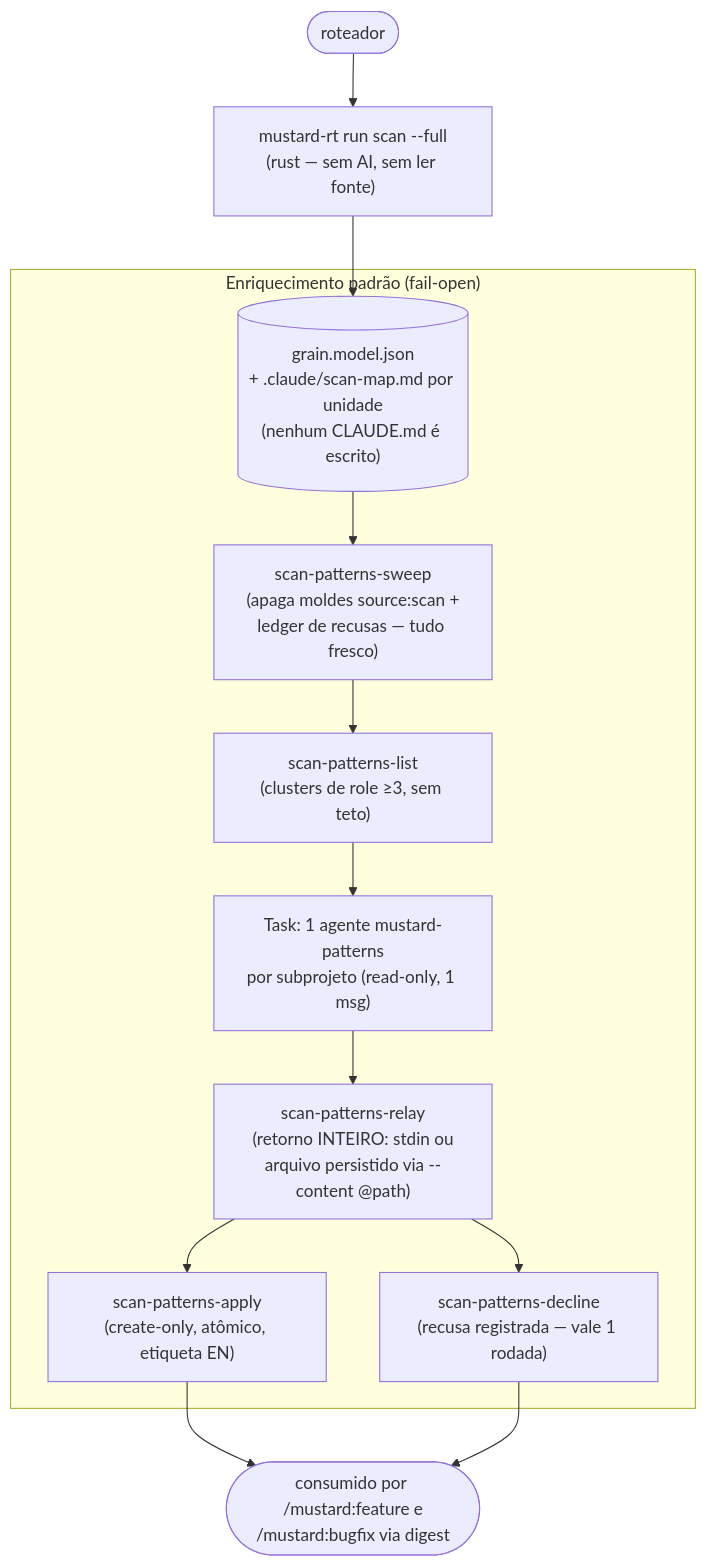
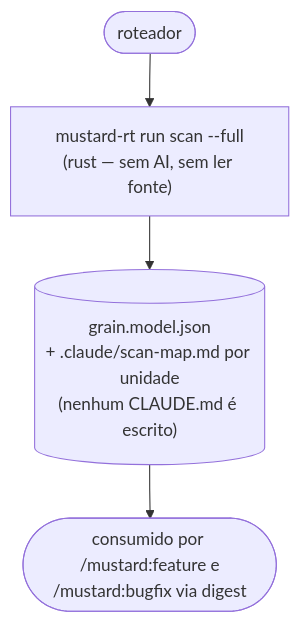
One commit to rubensrpj/mustard changed the fourth of 11 diagrams in MUSTARD-COMMANDS.md. Above: the diagram before and after it, drawn with Mermaid. The commit also changed other lines of this file and 29 other files, not shown here.

````diff
--- a/MUSTARD-COMMANDS.md
+++ b/MUSTARD-COMMANDS.md
@@ -126,17 +126,7 @@
 ```mermaid
 flowchart TD
     start(["roteador"]) --> full["mustard-rt run scan --full<br/>(rust — sem AI, sem ler fonte)"]
     full --> model[("grain.model.json<br/>+ .claude/scan-map.md por unidade<br/>(nenhum CLAUDE.md é escrito)")]
 
-    subgraph enrich["Enriquecimento padrão (fail-open)"]
-        model --> sw["scan-patterns-sweep<br/>(apaga moldes source:scan +<br/>ledger de recusas — tudo fresco)"]
-        sw --> pl["scan-patterns-list<br/>(clusters de role ≥3, sem teto)"]
-        pl --> pag["Task: 1 agente mustard-patterns<br/>por subprojeto (read-only, 1 msg)"]
-        pag --> rel["scan-patterns-relay<br/>(retorno INTEIRO: stdin ou<br/>arquivo persistido via --content @path)"]
-        rel --> pap["scan-patterns-apply<br/>(create-only, atômico, etiqueta EN)"]
-        rel --> pd["scan-patterns-decline<br/>(recusa registrada — vale 1 rodada)"]
-    end
-
-    pap --> done(["consumido por /mustard:feature e<br/>/mustard:bugfix via digest"])
-    pd --> done
+    model --> done(["consumido por /mustard:feature e<br/>/mustard:bugfix via digest"])
 ```
````
